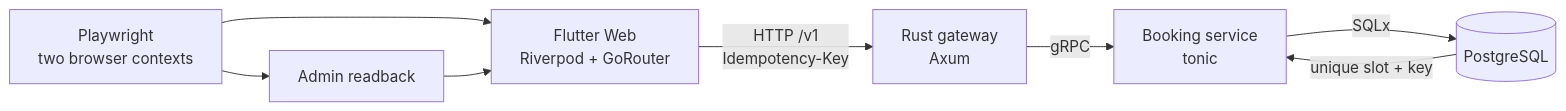
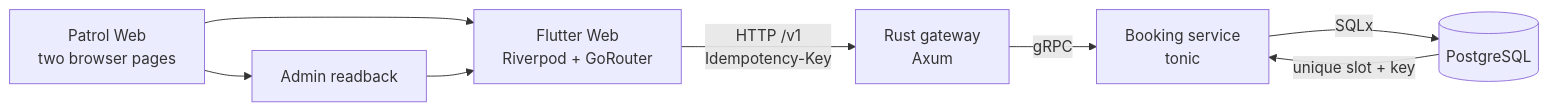
The diagram in README.md (hoppworks/last-slot), drawn with Mermaid before and after one commit. The commit also changed other lines of this file and 15 other files, not shown here.

Commit message:
test: move browser proof to patrol web

````diff
--- a/README.md
+++ b/README.md
@@ -78,10 +76,10 @@
 ```mermaid
 flowchart LR
-    PW["Playwright<br/>two browser contexts"] --> WEB["Flutter Web<br/>Riverpod + GoRouter"]
+    PW["Patrol Web<br/>two browser pages"] --> WEB["Flutter Web<br/>Riverpod + GoRouter"]
     WEB -->|"HTTP /v1<br/>Idempotency-Key"| GW["Rust gateway<br/>Axum"]
     GW -->|"gRPC"| SVC["Booking service<br/>tonic"]
     SVC -->|"SQLx"| DB[("PostgreSQL")]
     DB -->|"unique slot + key"| SVC
     PW --> ADMIN["Admin readback"]
     ADMIN --> WEB
 ```
````
